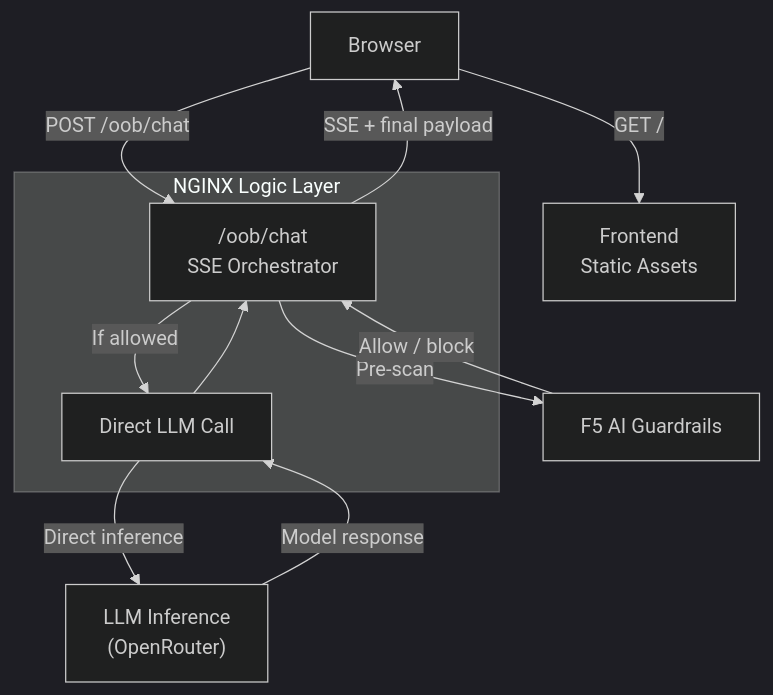
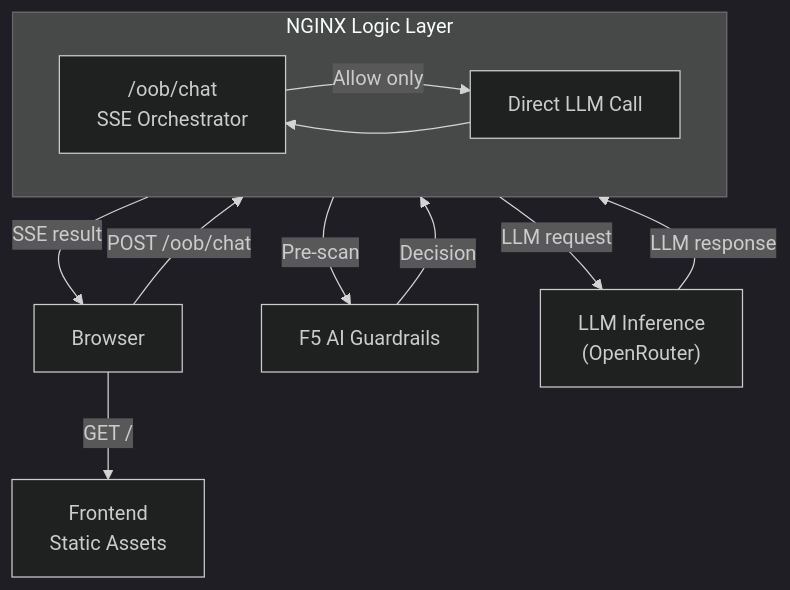
The second of 2 diagrams in README.md (JoshanFan/f5aigr-demo), drawn with Mermaid (dark theme) before and after one commit. The commit also changed other lines of this file, not shown here.

Commit message:
docs: tighten mermaid diagram labels

````diff
--- a/README.md
+++ b/README.md
@@ -66,22 +67,23 @@
 ```mermaid
 flowchart TB
     Browser["Browser"]
     Frontend["Frontend<br/>Static Assets"]
     Guardrails["F5 AI Guardrails"]
     LLM["LLM Inference<br/>(OpenRouter)"]
 
     subgraph Edge["NGINX Logic Layer"]
+        direction LR
         OobEntry["/oob/chat<br/>SSE Orchestrator"]
         Direct["Direct LLM Call"]
     end
 
     Browser -->|"GET /"| Frontend
     Browser -->|"POST /oob/chat"| OobEntry
     OobEntry -->|"Pre-scan"| Guardrails
-    Guardrails -->|"Allow / block"| OobEntry
-    OobEntry -->|"If allowed"| Direct
-    Direct -->|"Direct inference"| LLM
-    LLM -->|"Model response"| Direct
+    Guardrails -->|"Decision"| OobEntry
+    OobEntry -->|"Allow only"| Direct
+    Direct -->|"LLM request"| LLM
+    LLM -->|"LLM response"| Direct
     Direct --> OobEntry
-    OobEntry -->|"SSE + final payload"| Browser
+    OobEntry -->|"SSE result"| Browser
 ```
````
